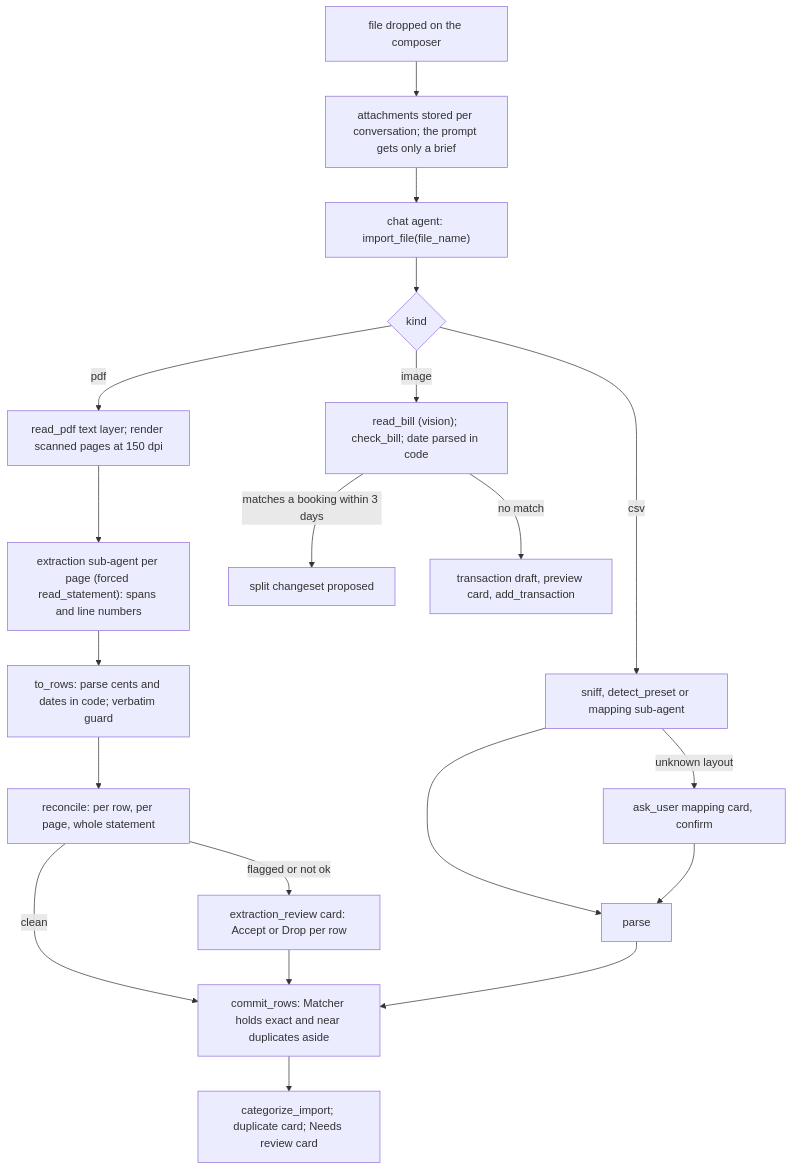
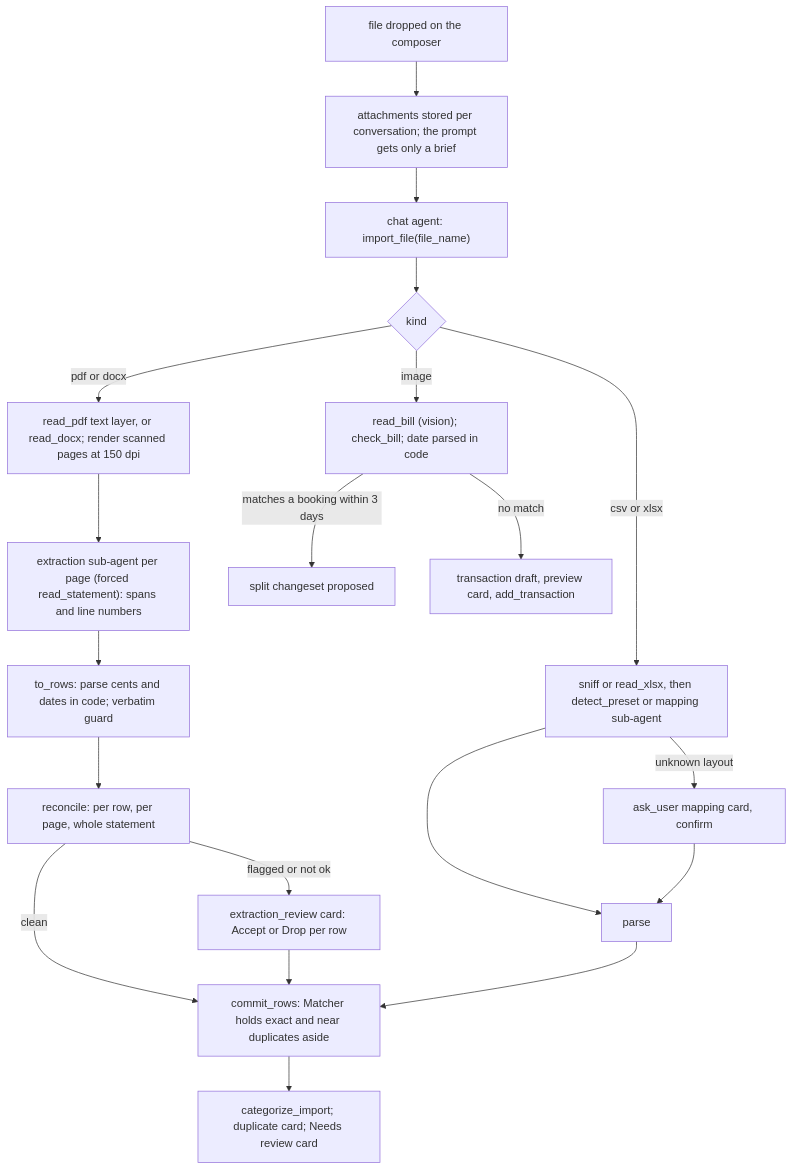
The diagram in docs/explainers/08-ingestion.md (ChiChuRita/finquery), drawn with Mermaid before and after one commit. The commit also changed other lines of this file and 6 other files, not shown here.

````diff
--- a/docs/explainers/08-ingestion.md
+++ b/docs/explainers/08-ingestion.md
@@ -12,22 +13,22 @@
 ```mermaid
 flowchart TD
   D["file dropped on the composer"] --> S["attachments stored per conversation; the prompt gets only a brief"]
   S --> T["chat agent: import_file(file_name)"]
   T --> K{"kind"}
-  K -->|"csv"| C1["sniff, detect_preset or mapping sub-agent"]
+  K -->|"csv or xlsx"| C1["sniff or read_xlsx, then detect_preset or mapping sub-agent"]
   C1 -->|"unknown layout"| C2["ask_user mapping card, confirm"]
   C1 --> C3["parse"]
   C2 --> C3
-  K -->|"pdf"| P1["read_pdf text layer; render scanned pages at 150 dpi"]
+  K -->|"pdf or docx"| P1["read_pdf text layer, or read_docx; render scanned pages at 150 dpi"]
   P1 --> P2["extraction sub-agent per page (forced read_statement): spans and line numbers"]
   P2 --> P3["to_rows: parse cents and dates in code; verbatim guard"]
   P3 --> P4["reconcile: per row, per page, whole statement"]
   P4 -->|"flagged or not ok"| P5["extraction_review card: Accept or Drop per row"]
   P4 -->|"clean"| C4
   P5 --> C4
   K -->|"image"| B1["read_bill (vision); check_bill; date parsed in code"]
   B1 -->|"matches a booking within 3 days"| B2["split changeset proposed"]
   B1 -->|"no match"| B3["transaction draft, preview card, add_transaction"]
   C3 --> C4["commit_rows: Matcher holds exact and near duplicates aside"]
   C4 --> C5["categorize_import; duplicate card; Needs review card"]
 ```
````
